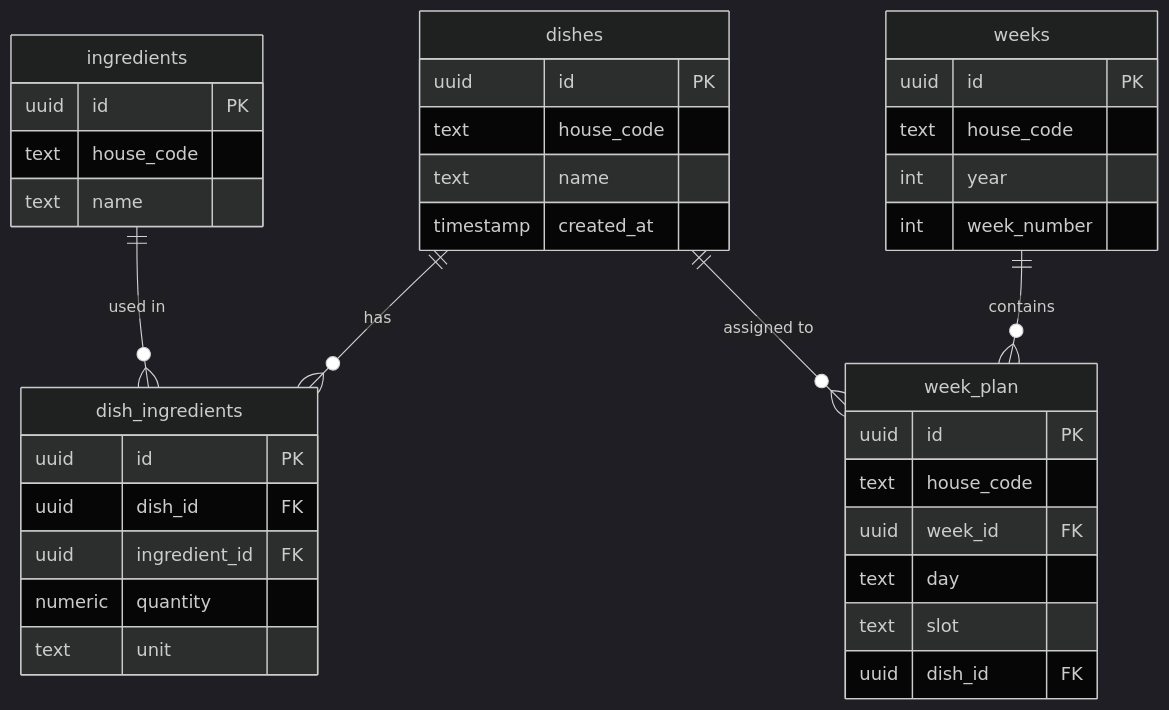
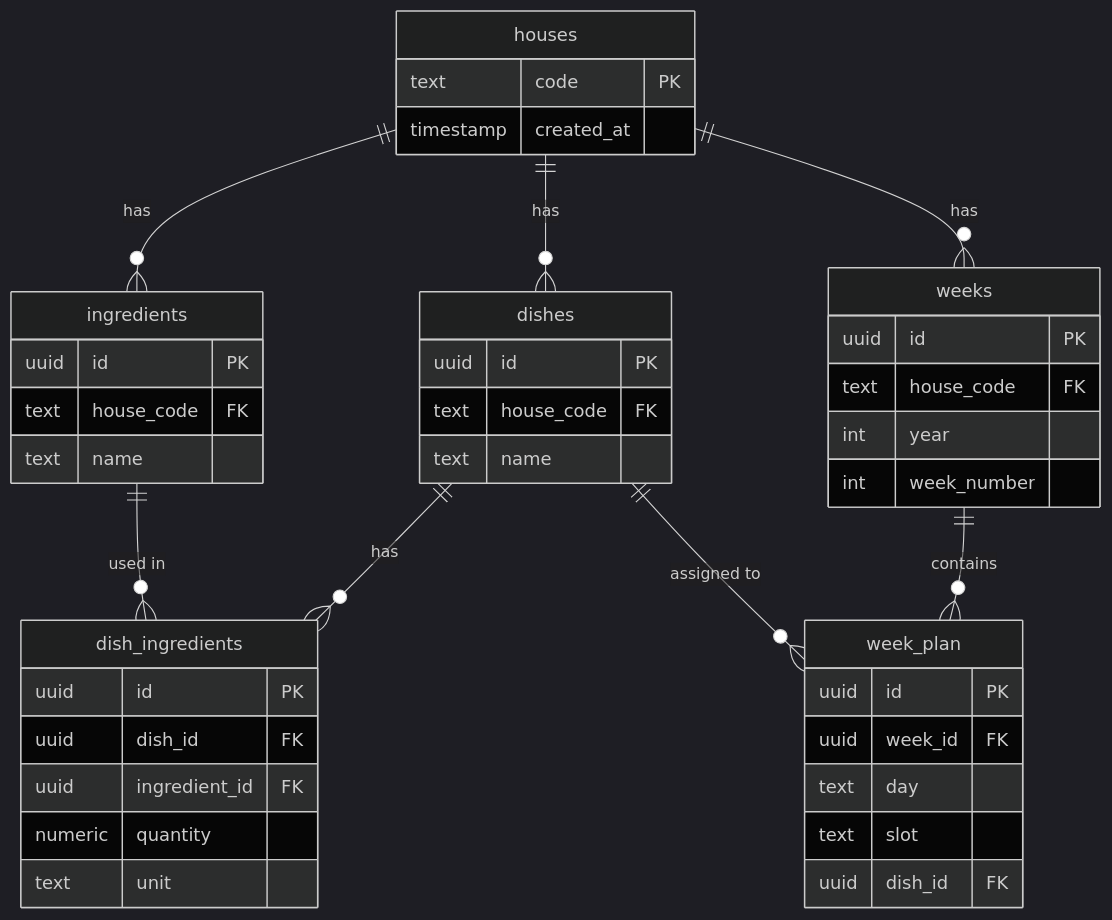
One commit to xaju5/meal-plan changed the diagram in README.md. Above: the diagram before and after it, drawn with Mermaid (dark theme). The commit also changed 12 other files, not shown here.

````diff
--- a/README.md
+++ b/README.md
@@ -55,39 +55,44 @@
 ```mermaid
 erDiagram
+  houses {
+    text code PK
+    timestamp created_at
+  }
   dishes {
     uuid id PK
-    text house_code
+    text house_code FK
     text name
-    timestamp created_at
   }
   ingredients {
     uuid id PK
-    text house_code
+    text house_code FK
     text name
   }
   dish_ingredients {
     uuid id PK
     uuid dish_id FK
     uuid ingredient_id FK
     numeric quantity
     text unit
   }
   weeks {
     uuid id PK
-    text house_code
+    text house_code FK
     int year
     int week_number
   }
   week_plan {
     uuid id PK
-    text house_code
     uuid week_id FK
     text day
     text slot
     uuid dish_id FK
   }
+  houses ||--o{ dishes : "has"
+  houses ||--o{ ingredients : "has"
+  houses ||--o{ weeks : "has"
   dishes ||--o{ dish_ingredients : "has"
   ingredients ||--o{ dish_ingredients : "used in"
   weeks ||--o{ week_plan : "contains"
   dishes ||--o{ week_plan : "assigned to"
 ```
````
